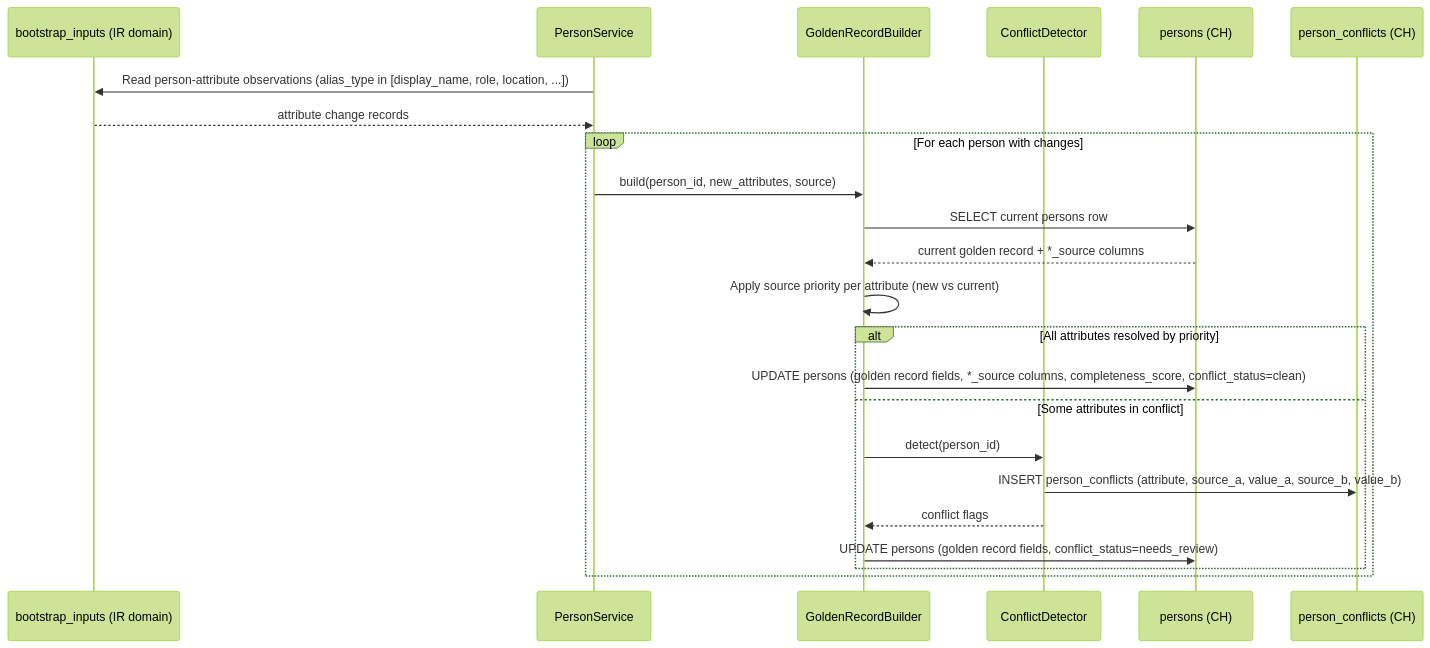
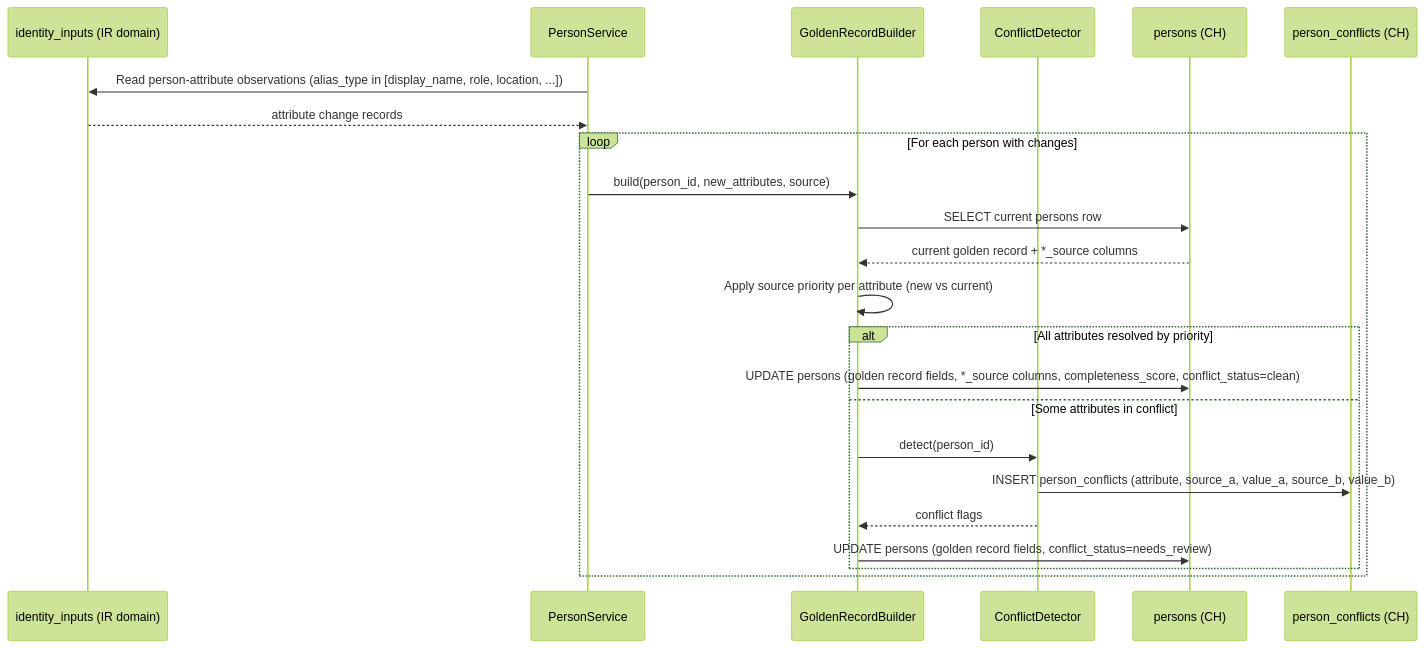
The first of 2 diagrams in docs/domain/person/specs/DESIGN.md (Gregory91G/insight), drawn with Mermaid (forest theme) before and after one commit. The commit also changed other lines of this file and 22 other files, not shown here.

First line of the commit message:
refactor(identity): rename bootstrap_inputs → identity_inputs per PR 182

````diff
--- a/docs/domain/person/specs/DESIGN.md
+++ b/docs/domain/person/specs/DESIGN.md
@@ -367,27 +367,27 @@
 ```mermaid
 sequenceDiagram
-    participant BI as bootstrap_inputs (IR domain)
+    participant BI as identity_inputs (IR domain)
     participant PS as PersonService
     participant GRB as GoldenRecordBuilder
     participant CD as ConflictDetector
     participant P as persons (CH)
     participant PC as person_conflicts (CH)
 
     PS ->> BI: Read person-attribute observations (alias_type in [display_name, role, location, ...])
     BI -->> PS: attribute change records
 
     loop For each person with changes
         PS ->> GRB: build(person_id, new_attributes, source)
         GRB ->> P: SELECT current persons row
         P -->> GRB: current golden record + *_source columns
         GRB ->> GRB: Apply source priority per attribute (new vs current)
         alt All attributes resolved by priority
             GRB ->> P: UPDATE persons (golden record fields, *_source columns, completeness_score, conflict_status=clean)
         else Some attributes in conflict
             GRB ->> CD: detect(person_id)
             CD ->> PC: INSERT person_conflicts (attribute, source_a, value_a, source_b, value_b)
             CD -->> GRB: conflict flags
             GRB ->> P: UPDATE persons (golden record fields, conflict_status=needs_review)
         end
     end
 ```
````
